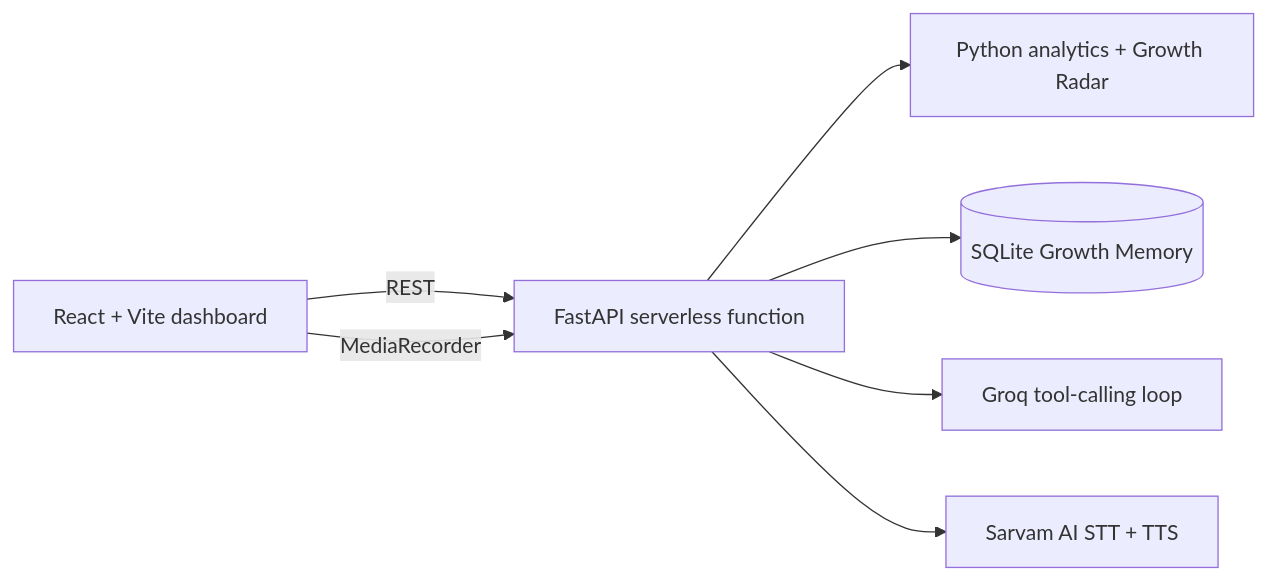
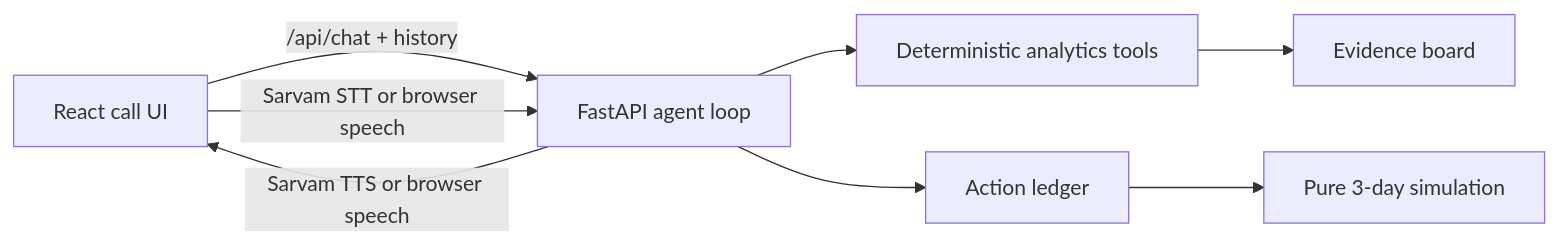
One commit to Aditya-padale/snapdeal changed the diagram in README.md. Above: the diagram before and after it, drawn with Mermaid. The commit also changed other lines of this file and 11 other files, not shown here.

````diff
--- a/README.md
+++ b/README.md
@@ -7,9 +7,10 @@
 ```mermaid
 flowchart LR
-  UI[React + Vite dashboard] -->|REST| API[FastAPI serverless function]
-  API --> Analytics[Python analytics + Growth Radar]
-  API --> DB[(SQLite Growth Memory)]
-  API --> LLM[Groq tool-calling loop]
-  UI -->|MediaRecorder| API
-  API --> Sarvam[Sarvam AI STT + TTS]
+  UI[React call UI] -->|/api/chat + history| Agent[FastAPI agent loop]
+  Agent --> Tools[Deterministic analytics tools]
+  Tools --> Board[Evidence board]
+  Agent --> Ledger[Action ledger]
+  Ledger --> Simulation[Pure 3-day simulation]
+  UI -->|Sarvam STT or browser speech| Agent
+  Agent -->|Sarvam TTS or browser speech| UI
 ```
````
